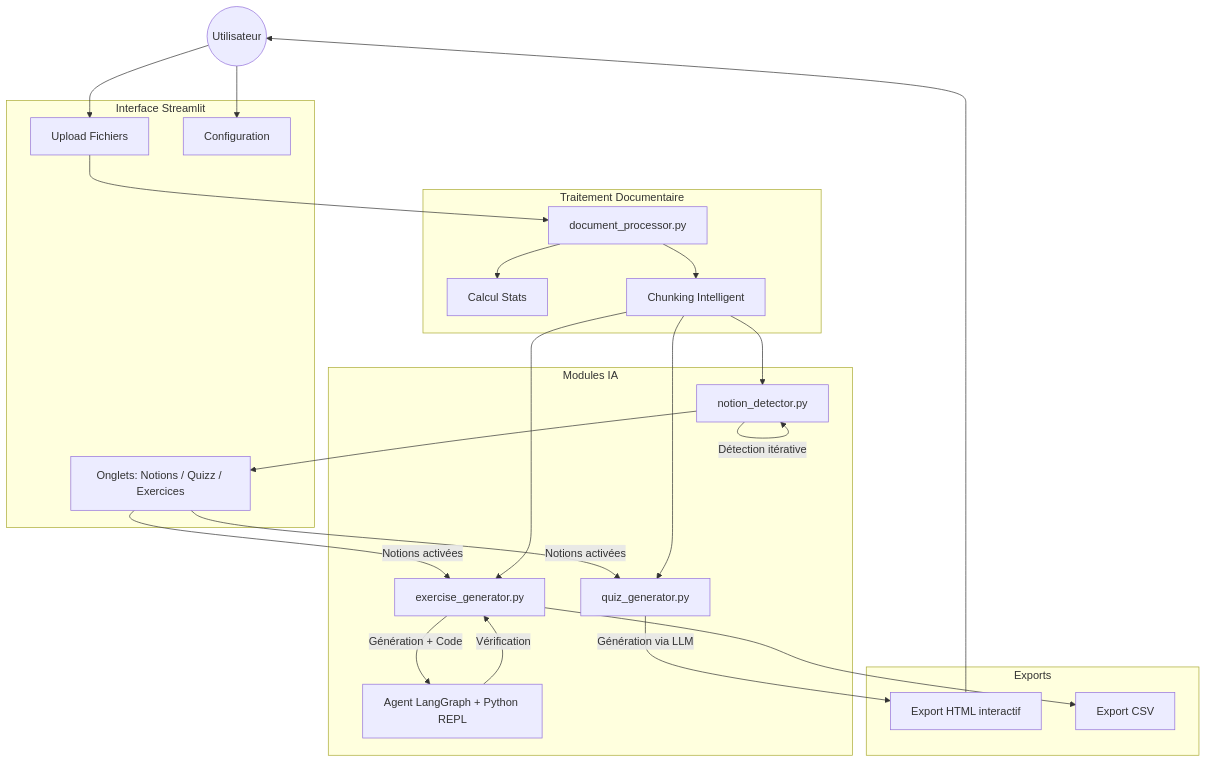
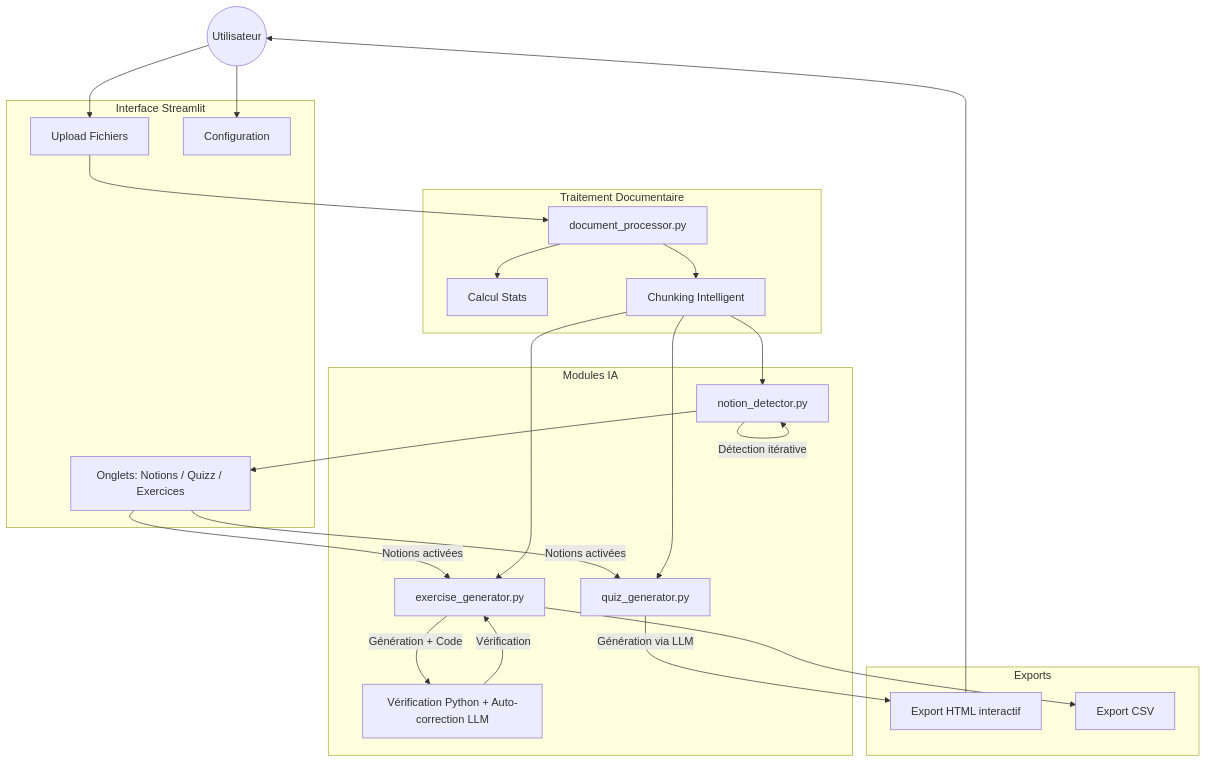
The diagram in README.md (Aurel456/generateur_de_quizz), drawn with Mermaid before and after one commit. The commit also changed other lines of this file and 3 other files, not shown here.

Commit message:
feat: fusion des notions similaires et auto-correction des exercices

````diff
--- a/README.md
+++ b/README.md
@@ -192,50 +195,50 @@
 ```mermaid
 graph TD
     User((Utilisateur))
 
     subgraph UI [Interface Streamlit]
         Upload[Upload Fichiers]
         Params[Configuration]
         Tabs[Onglets: Notions / Quizz / Exercices]
     end
 
     subgraph Core [Traitement Documentaire]
         DocProc[document_processor.py]
         Stats[Calcul Stats]
         Chunking[Chunking Intelligent]
     end
 
     subgraph Logic [Modules IA]
         NotionDet[notion_detector.py]
         QuizGen[quiz_generator.py]
         ExGen[exercise_generator.py]
-        Agent[Agent LangGraph + Python REPL]
+        Agent[Vérification Python + Auto-correction LLM]
     end
 
     subgraph Output [Exports]
         HTML[Export HTML interactif]
         CSV[Export CSV]
     end
 
     User --> Upload
     User --> Params
     Upload --> DocProc
     DocProc --> Stats
     DocProc --> Chunking
 
     Chunking --> NotionDet
     NotionDet -- "Détection itérative" --> NotionDet
     NotionDet --> Tabs
 
     Tabs -- "Notions activées" --> QuizGen
     Tabs -- "Notions activées" --> ExGen
 
     Chunking --> QuizGen
     Chunking --> ExGen
 
     QuizGen -- "Génération via LLM" --> HTML
     ExGen -- "Génération + Code" --> Agent
     Agent -- "Vérification" --> ExGen
     ExGen --> CSV
     HTML --> User
 ```
````
